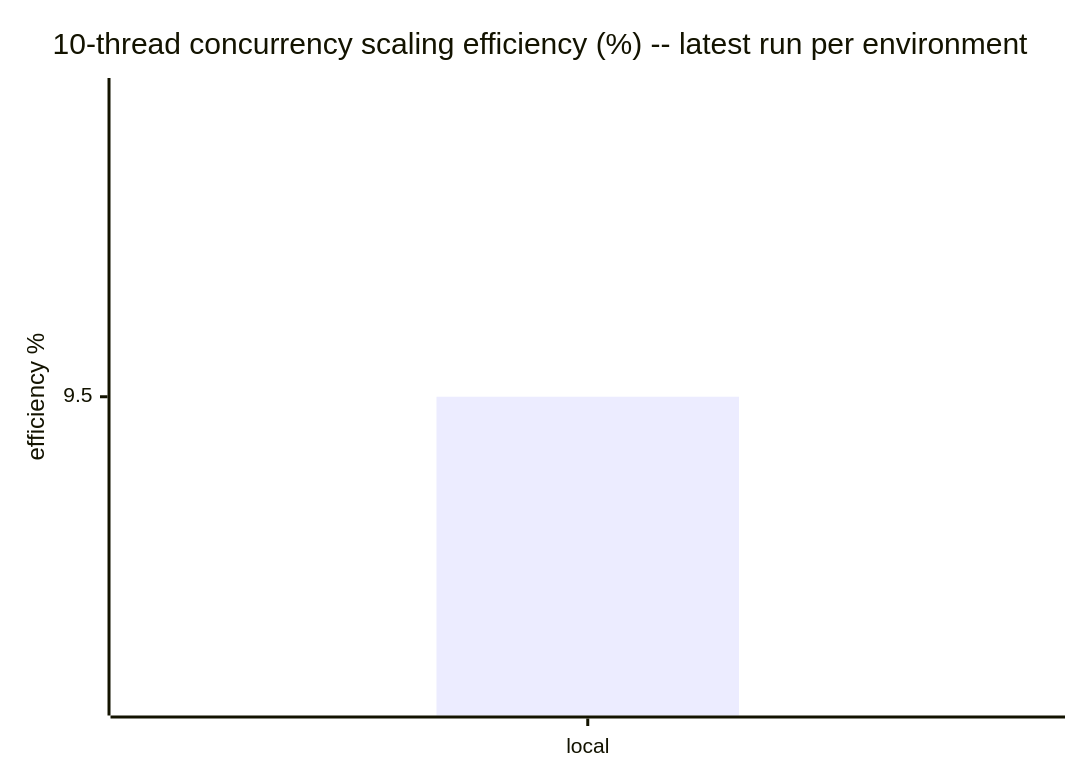
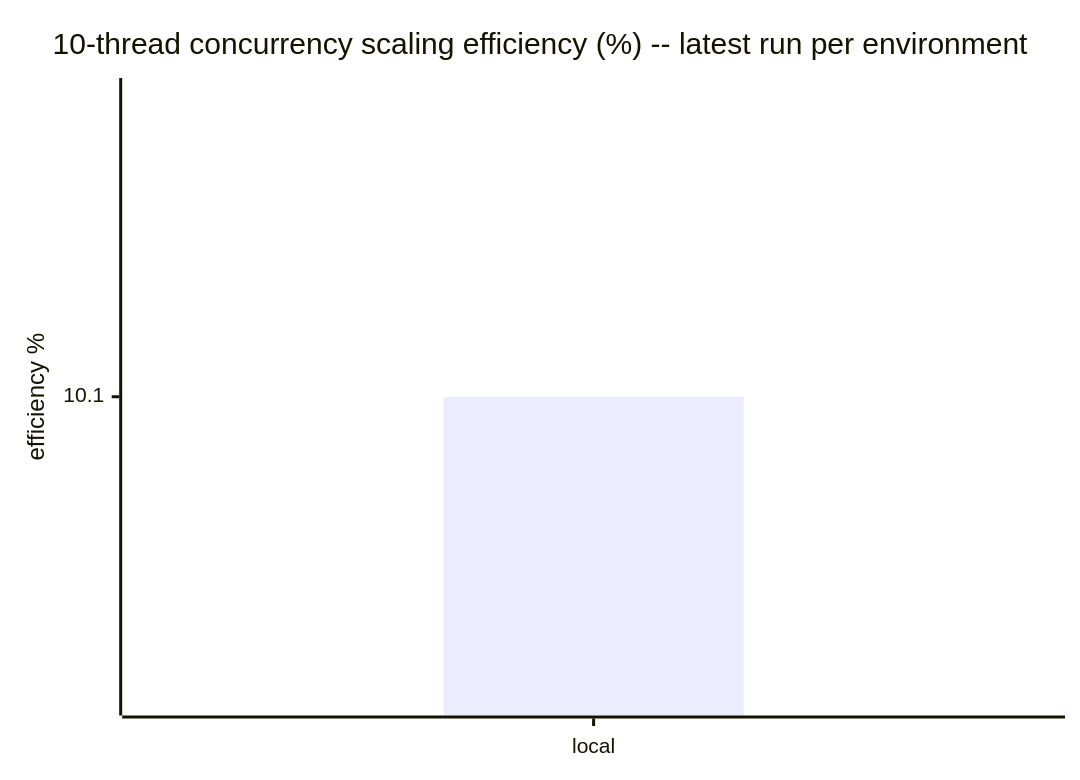
One commit to cpb/duckling changed the second of 2 diagrams in docs/benchmarks/README.md. Above: the diagram before and after it, drawn with Mermaid. The commit also changed other lines of this file and 3 other files, not shown here.

````diff
--- a/docs/benchmarks/README.md
+++ b/docs/benchmarks/README.md
@@ -44,7 +45,7 @@
 ```mermaid
 xychart-beta
     title "10-thread concurrency scaling efficiency (%) -- latest run per environment"
     x-axis [local]
     y-axis "efficiency %"
-    bar "efficiency_pct" [9.5]
+    bar "efficiency_pct" [10.1]
 ```
````
